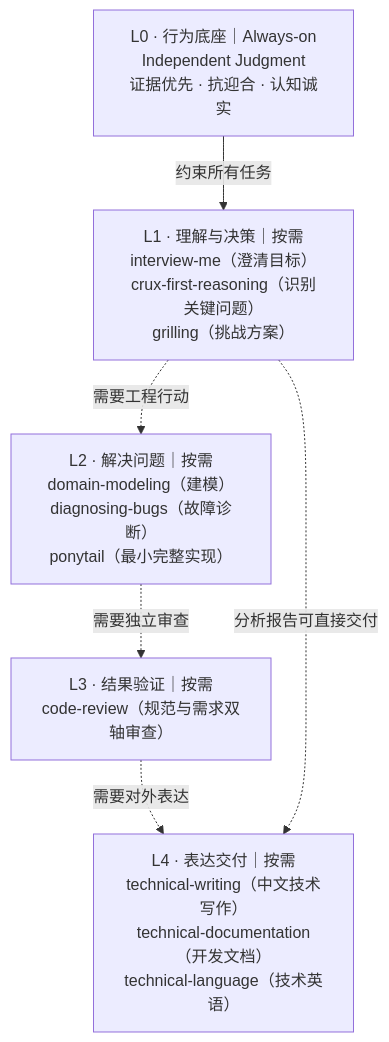
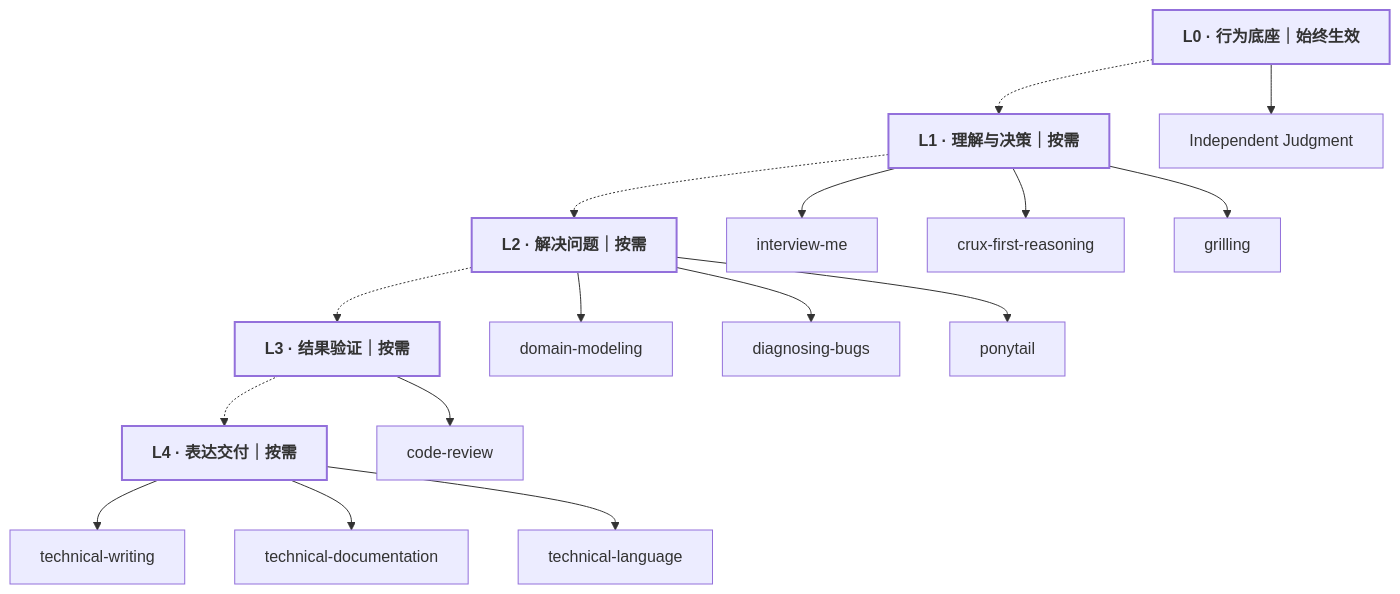
One commit to oydodo/skills changed the diagram in README.md. Above: the diagram before and after it, drawn with Mermaid.

Commit message:
docs: separate capability layers and individual skills into nodes

````diff
--- a/README.md
+++ b/README.md
@@ -5,14 +5,32 @@
 ```mermaid
 flowchart TB
-    A["L0 · 行为底座｜Always-on<br/>Independent Judgment<br/>证据优先 · 抗迎合 · 认知诚实"]
-    B["L1 · 理解与决策｜按需<br/>interview-me（澄清目标）<br/>crux-first-reasoning（识别关键问题）<br/>grilling（挑战方案）"]
-    C["L2 · 解决问题｜按需<br/>domain-modeling（建模）<br/>diagnosing-bugs（故障诊断）<br/>ponytail（最小完整实现）"]
-    D["L3 · 结果验证｜按需<br/>code-review（规范与需求双轴审查）"]
-    E["L4 · 表达交付｜按需<br/>technical-writing（中文技术写作）<br/>technical-documentation（开发文档）<br/>technical-language（技术英语）"]
+    L0["L0 · 行为底座｜始终生效"]
+    L1["L1 · 理解与决策｜按需"]
+    L2["L2 · 解决问题｜按需"]
+    L3["L3 · 结果验证｜按需"]
+    L4["L4 · 表达交付｜按需"]
 
-    A -->|"约束所有任务"| B
-    B -. "需要工程行动" .-> C
-    C -. "需要独立审查" .-> D
-    D -. "需要对外表达" .-> E
-    B -. "分析报告可直接交付" .-> E
+    L0 -.-> L1
+    L1 -.-> L2
+    L2 -.-> L3
+    L3 -.-> L4
+
+    L0 --> IJ["Independent Judgment"]
+
+    L1 --> IM["interview-me"]
+    L1 --> CR["crux-first-reasoning"]
+    L1 --> GR["grilling"]
+
+    L2 --> DM["domain-modeling"]
+    L2 --> DB["diagnosing-bugs"]
+    L2 --> PT["ponytail"]
+
+    L3 --> RV["code-review"]
+
+    L4 --> TW["technical-writing"]
+    L4 --> TD["technical-documentation"]
+    L4 --> TL["technical-language"]
+
+    classDef layer stroke-width:2px,font-weight:bold
+    class L0,L1,L2,L3,L4 layer
 ```
````
